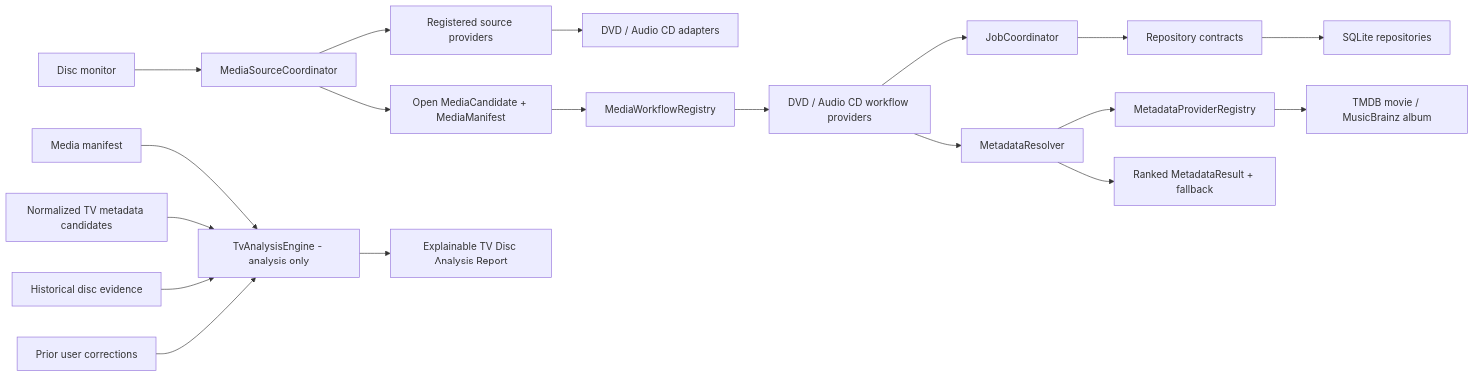
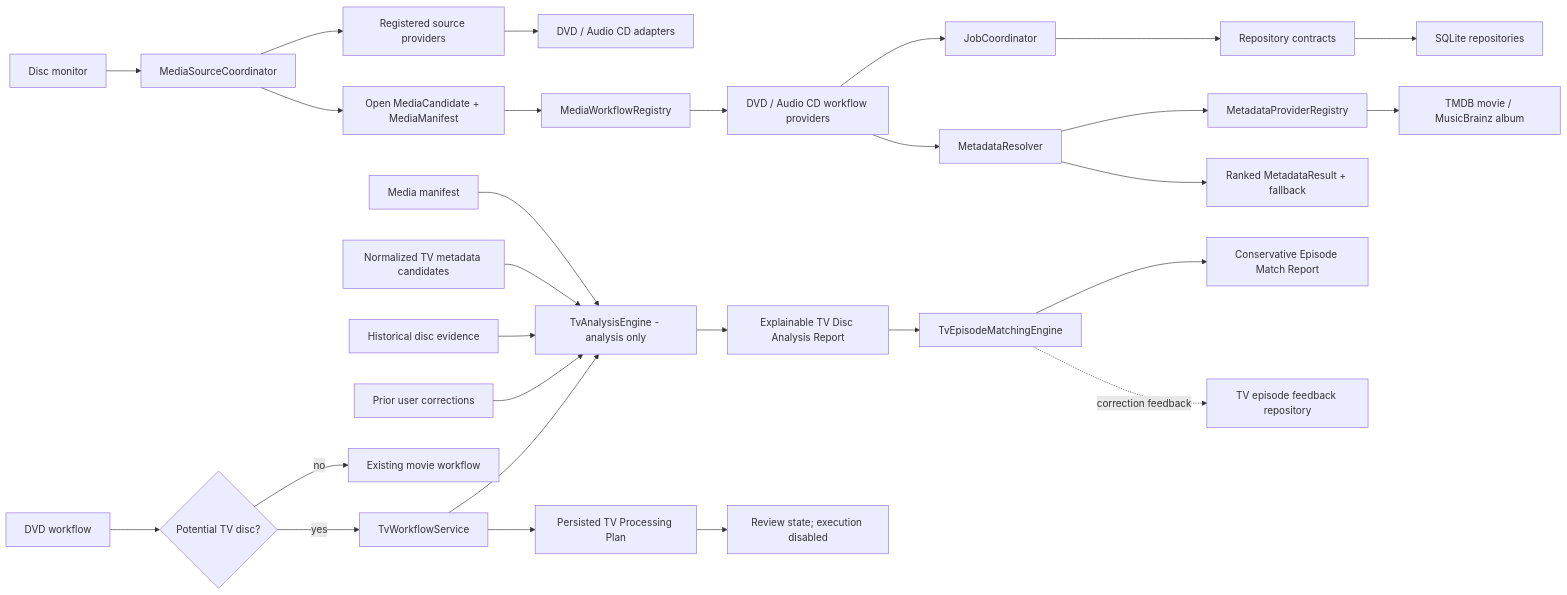
One commit to nick709r/DVDTOJELLYFIN changed the diagram in docs/V2-ARCHITECTURE.md. Above: the diagram before and after it, drawn with Mermaid. The commit also changed other lines of this file and 24 other files, not shown here.

First line of the commit message:
feat: integrate TV analysis into DVD workflow

````diff
--- a/docs/V2-ARCHITECTURE.md
+++ b/docs/V2-ARCHITECTURE.md
@@ -25,25 +31,35 @@
 ```mermaid
 flowchart LR
   Monitor[Disc monitor] --> SourceCoordinator[MediaSourceCoordinator]
   SourceCoordinator --> SourceRegistry[Registered source providers]
   SourceRegistry --> Sources[DVD / Audio CD adapters]
   SourceCoordinator --> Candidate[Open MediaCandidate + MediaManifest]
   Candidate --> WorkflowRegistry[MediaWorkflowRegistry]
   WorkflowRegistry --> Workflows[DVD / Audio CD workflow providers]
   Workflows --> JobCoordinator[JobCoordinator]
   JobCoordinator --> RepositoryPorts[Repository contracts]
   RepositoryPorts --> SqliteAdapters[SQLite repositories]
   Workflows --> MetadataResolver[MetadataResolver]
   MetadataResolver --> MetadataRegistry[MetadataProviderRegistry]
   MetadataRegistry --> MetadataProviders[TMDB movie / MusicBrainz album]
   MetadataResolver --> Ranked[Ranked MetadataResult + fallback]
   Manifest[Media manifest]
   Metadata[Normalized TV metadata candidates]
   History[Historical disc evidence]
   Corrections[Prior user corrections]
+  DVD[DVD workflow]
   Manifest --> TvAnalysis[TvAnalysisEngine - analysis only]
   Metadata --> TvAnalysis
   History --> TvAnalysis
   Corrections --> TvAnalysis
   TvAnalysis --> TvReport[Explainable TV Disc Analysis Report]
+  TvReport --> EpisodeMatcher[TvEpisodeMatchingEngine]
+  EpisodeMatcher --> MatchReport[Conservative Episode Match Report]
+  EpisodeMatcher -. correction feedback .-> FeedbackStore[TV episode feedback repository]
+  DVD --> TvPrefilter{Potential TV disc?}
+  TvPrefilter -- no --> MovieWorkflow[Existing movie workflow]
+  TvPrefilter -- yes --> TvWorkflow[TvWorkflowService]
+  TvWorkflow --> TvAnalysis
+  TvWorkflow --> Plan[Persisted TV Processing Plan]
+  Plan --> Review[Review state; execution disabled]
 ```
````
